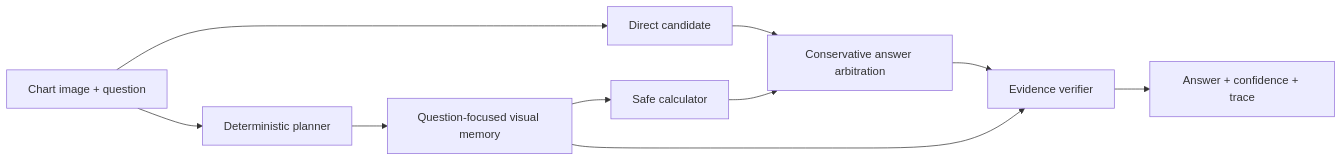
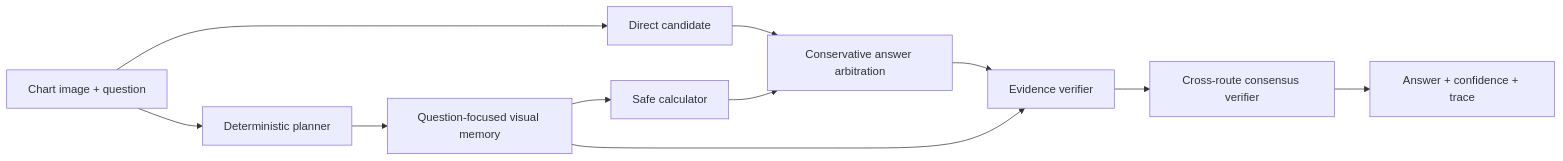
The diagram in README.md (badmood66/scientific-multimodal-agent), drawn with Mermaid before and after one commit. The commit also changed other lines of this file and 13 other files, not shown here.

````diff
--- a/README.md
+++ b/README.md
@@ -19,12 +19,13 @@
 ```mermaid
 flowchart LR
     I[Chart image + question] --> D[Direct candidate]
     I --> P[Deterministic planner]
     P --> M[Question-focused visual memory]
     M --> T[Safe calculator]
     D --> A[Conservative answer arbitration]
     T --> A
     M --> V[Evidence verifier]
     A --> V
-    V --> O[Answer + confidence + trace]
+    V --> C[Cross-route consensus verifier]
+    C --> O[Answer + confidence + trace]
 ```
````
